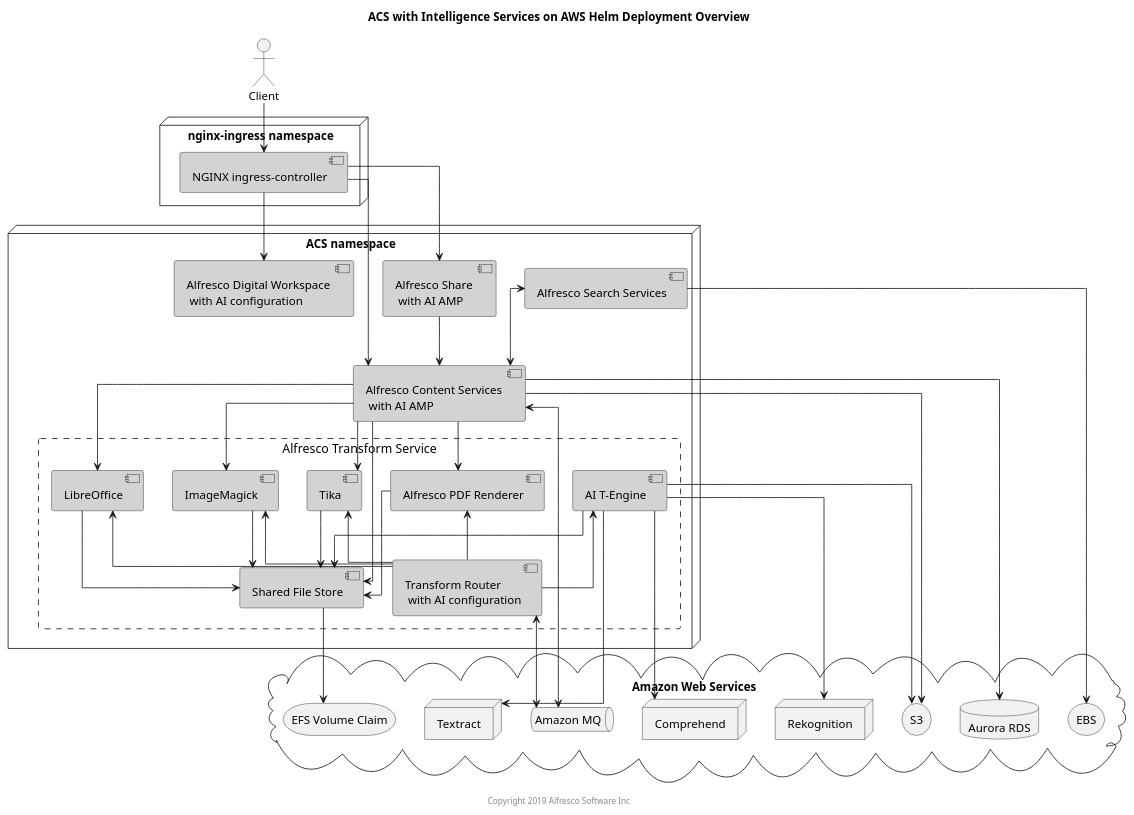
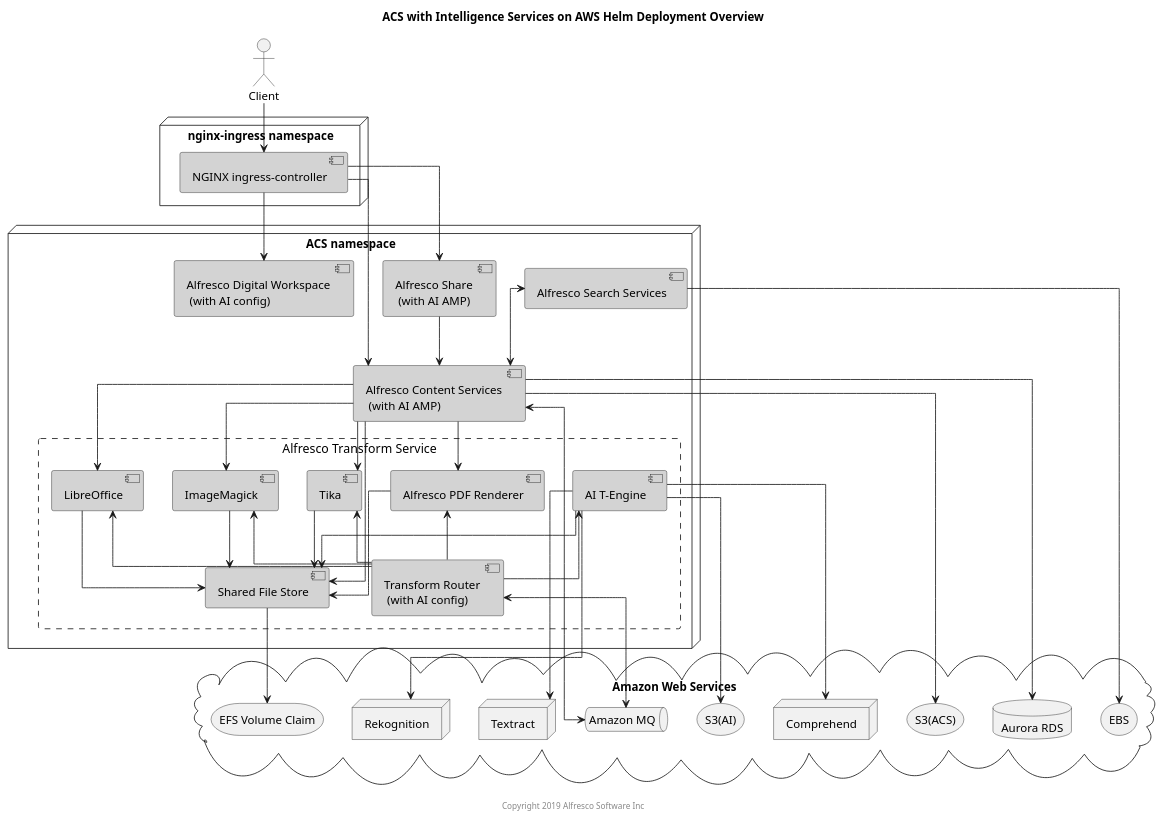
One commit to Alfresco/acs-deployment changed the diagram in docs/diagrams/helm-chart/helm-components-aws-ai.puml. Above: the diagram before and after it, drawn with PlantUML. The commit also changed 1 other file, not shown here.

Commit message:
ATS-347 : AI-CE: helm / k8s updates - conditional (pods & extra AI config, eg. T-Router / T-Engine)

```diff
--- a/docs/diagrams/helm-chart/helm-components-aws-ai.puml
+++ b/docs/diagrams/helm-chart/helm-components-aws-ai.puml
@@ -1,83 +1,84 @@
 @startuml
 
 Title: ACS with Intelligence Services on AWS Helm Deployment Overview
 
 skinparam componentStyle uml2
 skinparam linetype ortho
 skinparam rectangle {
     BorderStyle dashed
     FontSize 15
     FontStyle none
 }
 
 actor Client
 
 node "nginx-ingress namespace" {
     component "NGINX ingress-controller" as nginx #lightgrey
 }
 
 node "ACS namespace" {
-    component "Alfresco Digital Workspace \n with AI configuration" as adw #lightgrey
-    component "Alfresco Content Services \n with AI AMP" as acs #lightgrey
+    component "Alfresco Digital Workspace \n (with AI config)" as adw #lightgrey
+    component "Alfresco Content Services \n (with AI AMP)" as acs #lightgrey
     component "Alfresco Search Services" as ass #lightgrey
-    component "Alfresco Share \n with AI AMP" as share #lightgrey
+    component "Alfresco Share \n (with AI AMP)" as share #lightgrey
     rectangle "Alfresco Transform Service" {
-        component "Transform Router \n with AI configuration" as tr #lightgrey
+        component "Transform Router \n (with AI config)" as tr #lightgrey
         component "Shared File Store" as sfs #lightgrey
         component "Alfresco PDF Renderer" as pdfr #lightgrey
         component "LibreOffice" as libr #lightgrey
         component "ImageMagick" as img #lightgrey
         component "Tika" as tika #lightgrey
         component "AI T-Engine" as aiEngine #lightgrey
     }
 }
 
 cloud "Amazon Web Services" {
-    storage "S3" as s3
+    storage "S3(ACS)" as s3acs
+    storage "S3(AI)" as s3ai
     database "Aurora RDS" as db
     storage "EBS" as ebs
     storage "EFS Volume Claim" as vc
     queue "Amazon MQ" as mq
     node "Comprehend" as comp
     node "Rekognition" as rek
     node "Textract" as tex
 }
 
 Client --> nginx
 
 nginx --> acs
 nginx --> share
 nginx --> adw
 
 ass --> ebs
 sfs --> vc
-acs --> s3
+acs --> s3acs
 
 ass <--> acs
 acs --> db
 acs --> pdfr
 acs --> libr
 acs --> img
 acs --> tika
 acs --> sfs
 acs <--> mq
 tr -up-> pdfr
 tr -up-> libr
 tr -up-> img
 tr -up-> tika
 tr -up-> aiEngine
 tr <--> mq
 pdfr --> sfs
 libr --> sfs
 img --> sfs
 tika --> sfs
 share --> acs
 aiEngine --> sfs
-aiEngine --> s3
+aiEngine --> s3ai
 aiEngine --> comp
 aiEngine --> rek
 aiEngine --> tex
 
 center footer Copyright 2019 Alfresco Software Inc
 
 @enduml
```
